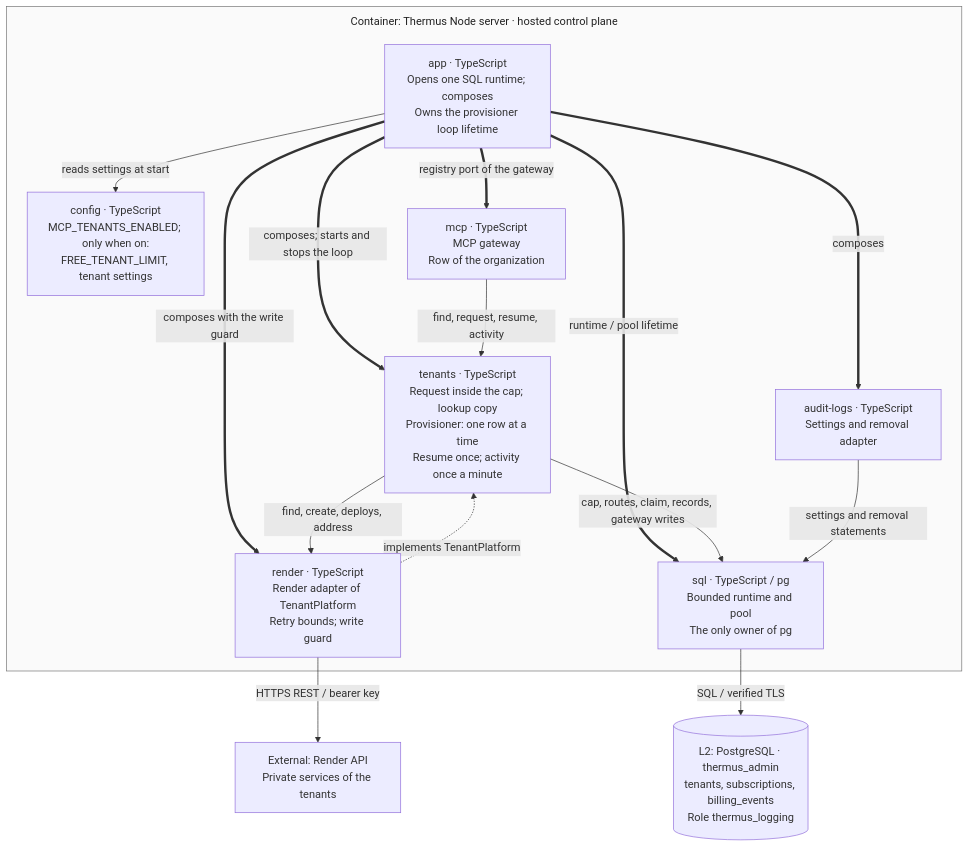
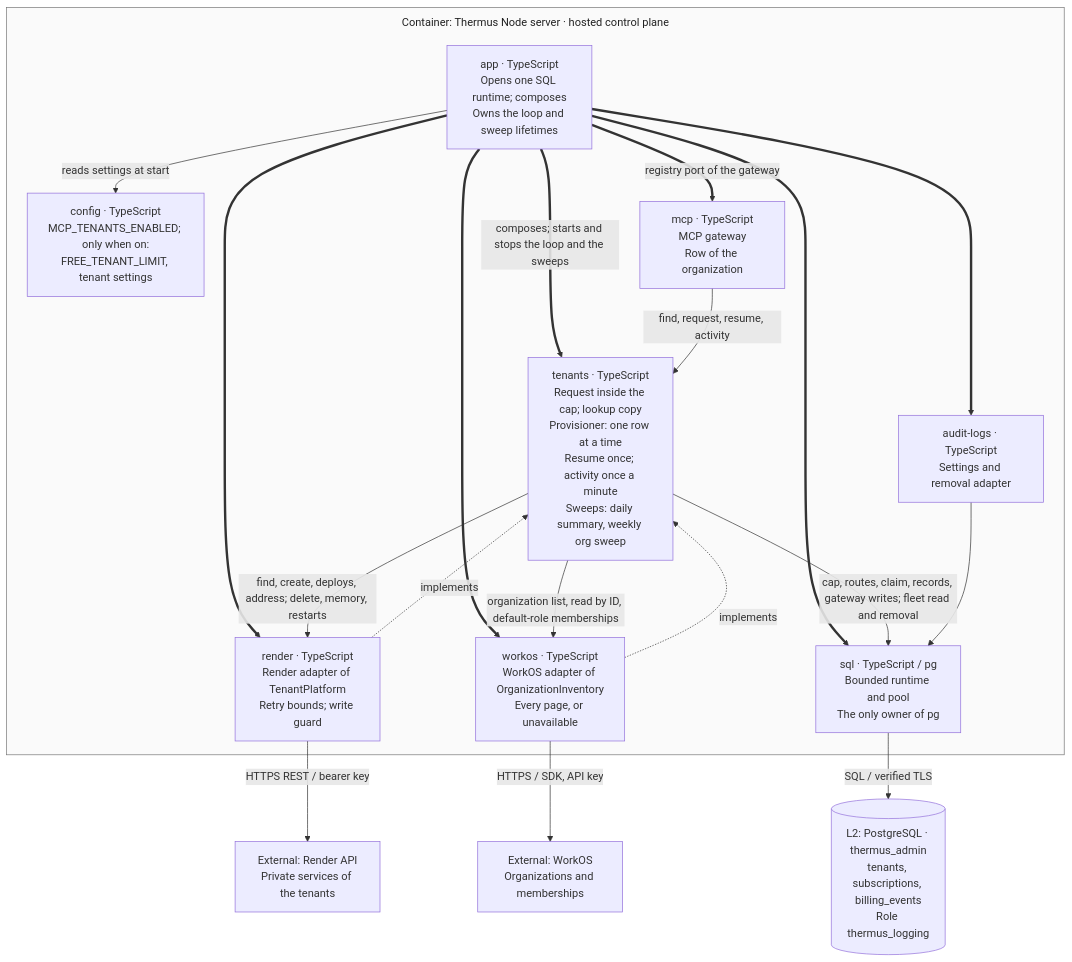
Before and after one commit to tomer-mayara/Thermus: the ninth of 21 diagrams in architecture/components.md, drawn with Mermaid. The commit also changed other lines of this file and 99 other files, not shown here.

First line of the commit message:
Add the tenant sweeps and the fleet script of the control plane (SO-09) (#288)

````diff
--- a/architecture/components.md
+++ b/architecture/components.md
@@ -551,29 +570,35 @@
 ```mermaid
-%%{init: {"flowchart": {"wrappingWidth": 180, "nodeSpacing": 40, "rankSpacing": 40, "subGraphTitleMargin": {"top": 10, "bottom": 25}}}}%%
+%%{init: {"flowchart": {"wrappingWidth": 150, "nodeSpacing": 40, "rankSpacing": 40, "subGraphTitleMargin": {"top": 10, "bottom": 25}}}}%%
 flowchart TB
   subgraph tenancy_server["Container: Thermus Node server · hosted control plane"]
     tenancy_config["config · TypeScript<br/>MCP_TENANTS_ENABLED; only when on:<br/>FREE_TENANT_LIMIT, tenant settings"]
-    tenancy_app["app · TypeScript<br/>Opens one SQL runtime; composes<br/>Owns the provisioner loop lifetime"]
+    tenancy_app["app · TypeScript<br/>Opens one SQL runtime; composes<br/>Owns the loop and sweep lifetimes"]
     tenancy_mcp["mcp · TypeScript<br/>MCP gateway<br/>Row of the organization"]
-    tenancy_tenants["tenants · TypeScript<br/>Request inside the cap; lookup copy<br/>Provisioner: one row at a time<br/>Resume once; activity once a minute"]
+    tenancy_tenants["tenants · TypeScript<br/>Request inside the cap; lookup copy<br/>Provisioner: one row at a time<br/>Resume once; activity once a minute<br/>Sweeps: daily summary, weekly org sweep"]
     tenancy_render["render · TypeScript<br/>Render adapter of TenantPlatform<br/>Retry bounds; write guard"]
+    tenancy_workos["workos · TypeScript<br/>WorkOS adapter of OrganizationInventory<br/>Every page, or unavailable"]
     tenancy_audit["audit-logs · TypeScript<br/>Settings and removal adapter"]
     tenancy_sql["sql · TypeScript / pg<br/>Bounded runtime and pool<br/>The only owner of pg"]
     tenancy_app -->|reads settings at start| tenancy_config
-    tenancy_app ==>|composes; starts and stops the loop| tenancy_tenants
+    tenancy_app ==>|composes; starts and stops the loop and the sweeps| tenancy_tenants
     tenancy_app ==>|registry port of the gateway| tenancy_mcp
-    tenancy_app ==>|composes with the write guard| tenancy_render
-    tenancy_app ==>|composes| tenancy_audit
-    tenancy_app ==>|runtime / pool lifetime| tenancy_sql
+    tenancy_app ==> tenancy_render
+    tenancy_app ==> tenancy_workos
+    tenancy_app ==> tenancy_audit
+    tenancy_app ==> tenancy_sql
     tenancy_mcp -->|find, request, resume, activity| tenancy_tenants
-    tenancy_tenants -->|find, create, deploys, address| tenancy_render
-    tenancy_render -.->|implements TenantPlatform| tenancy_tenants
-    tenancy_tenants -->|cap, routes, claim, records, gateway writes| tenancy_sql
-    tenancy_audit -->|settings and removal statements| tenancy_sql
+    tenancy_tenants -->|find, create, deploys, address; delete, memory, restarts| tenancy_render
+    tenancy_render -.->|implements| tenancy_tenants
+    tenancy_tenants -->|organization list, read by ID, default-role memberships| tenancy_workos
+    tenancy_workos -.->|implements| tenancy_tenants
+    tenancy_tenants -->|cap, routes, claim, records, gateway writes; fleet read and removal| tenancy_sql
+    tenancy_audit --> tenancy_sql
   end
   tenancy_db[("L2: PostgreSQL · thermus_admin<br/>tenants, subscriptions, billing_events<br/>Role thermus_logging")]
   tenancy_api["External: Render API<br/>Private services of the tenants"]
+  tenancy_workos_api["External: WorkOS<br/>Organizations and memberships"]
   tenancy_sql -->|SQL / verified TLS| tenancy_db
   tenancy_render -->|HTTPS REST / bearer key| tenancy_api
+  tenancy_workos -->|HTTPS / SDK, API key| tenancy_workos_api
   style tenancy_server fill:#fafafa,stroke:#777777,color:#222222
 ```
````
